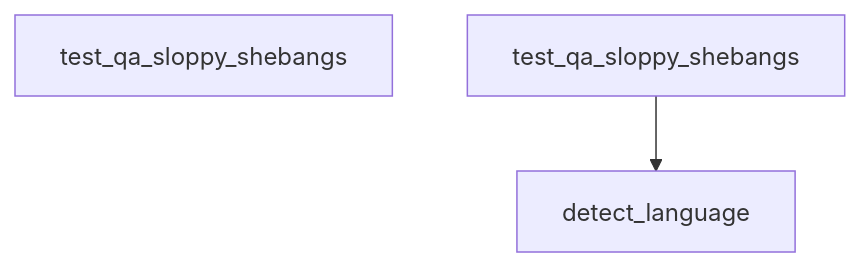
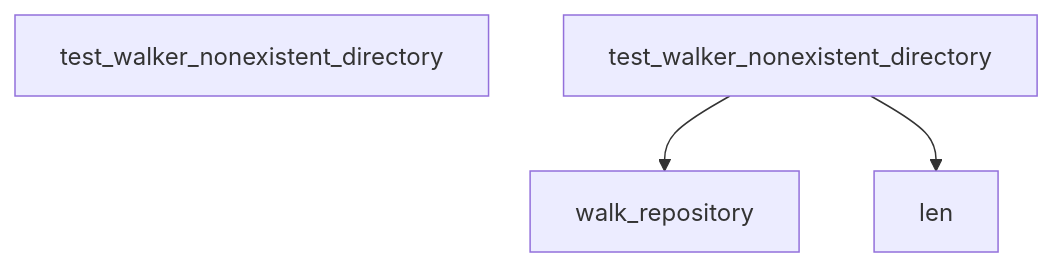
Diagram 26 of 26 in docs/DATA_FLOW.md (hazalkoom/DECODEx01), drawn with Mermaid before and after one commit. The commit also changed other lines of this file and 15 other files, not shown here.

Commit message:
feat: NLG phases 2-4 - API scanner, few-shot schema, and story generator

````diff
--- a/docs/DATA_FLOW.md
+++ b/docs/DATA_FLOW.md
@@ -885,9 +891,13 @@
 ```mermaid
 graph TD
-    Start[test_qa_sloppy_shebangs]
+    Start[test_walker_nonexistent_directory]
 
 
-    test_qa_sloppy_shebangs --> detect_language
+    test_walker_nonexistent_directory --> walk_repository
+
+
+
+    test_walker_nonexistent_directory --> len
 
 
 ```
````
